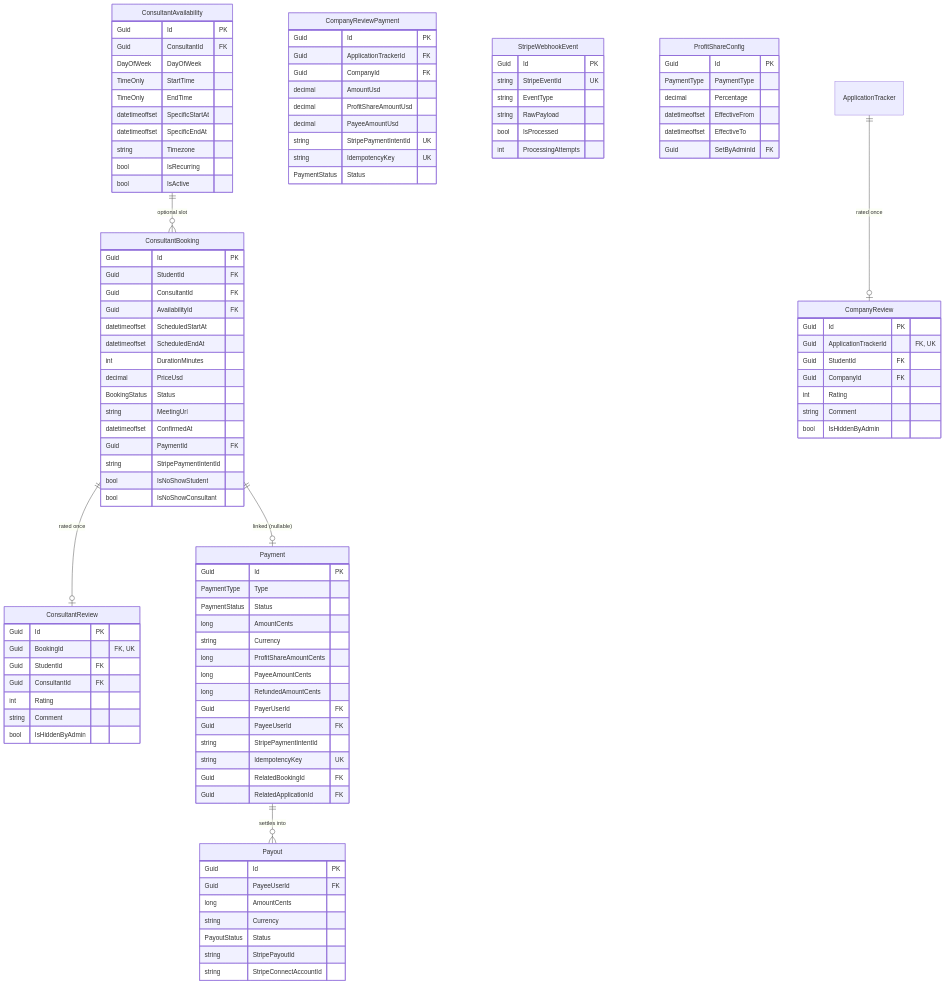
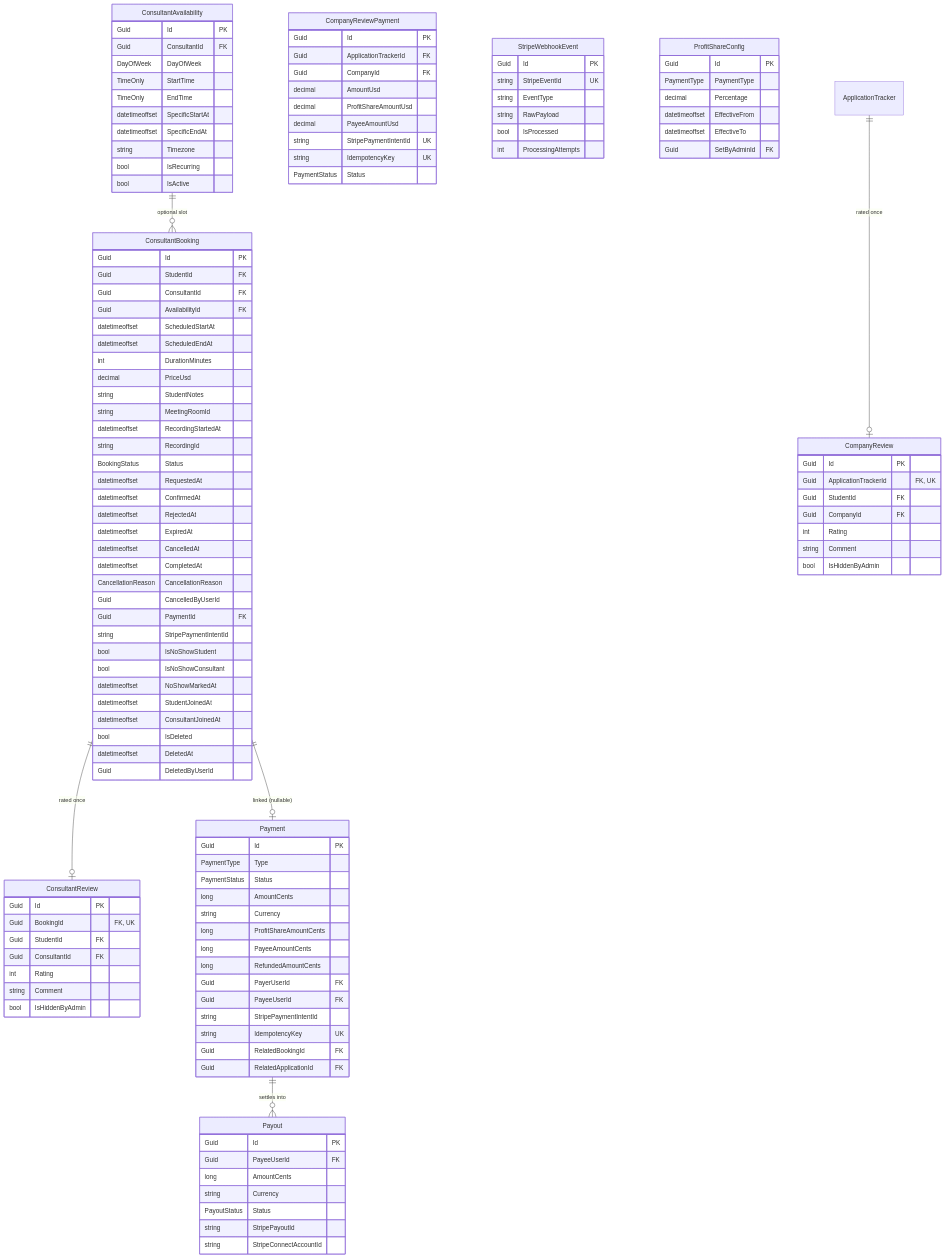
Before and after one commit to ma7moudalysalem/ScholarPath: the fourth of 7 diagrams in docs/ERD.md, drawn with Mermaid. The commit also changed other lines of this file and 17 other files, not shown here.

```diff
--- a/docs/ERD.md
+++ b/docs/ERD.md
@@ -234,13 +247,29 @@
     datetimeoffset ScheduledEndAt
     int DurationMinutes
     decimal PriceUsd
+    string StudentNotes
+    string MeetingRoomId
+    datetimeoffset RecordingStartedAt
+    string RecordingId
     BookingStatus Status
-    string MeetingUrl
+    datetimeoffset RequestedAt
     datetimeoffset ConfirmedAt
+    datetimeoffset RejectedAt
+    datetimeoffset ExpiredAt
+    datetimeoffset CancelledAt
+    datetimeoffset CompletedAt
+    CancellationReason CancellationReason
+    Guid CancelledByUserId
     Guid PaymentId FK
     string StripePaymentIntentId
     bool IsNoShowStudent
     bool IsNoShowConsultant
+    datetimeoffset NoShowMarkedAt
+    datetimeoffset StudentJoinedAt
+    datetimeoffset ConsultantJoinedAt
+    bool IsDeleted
+    datetimeoffset DeletedAt
+    Guid DeletedByUserId
   }
   ConsultantReview {
     Guid Id PK
```
